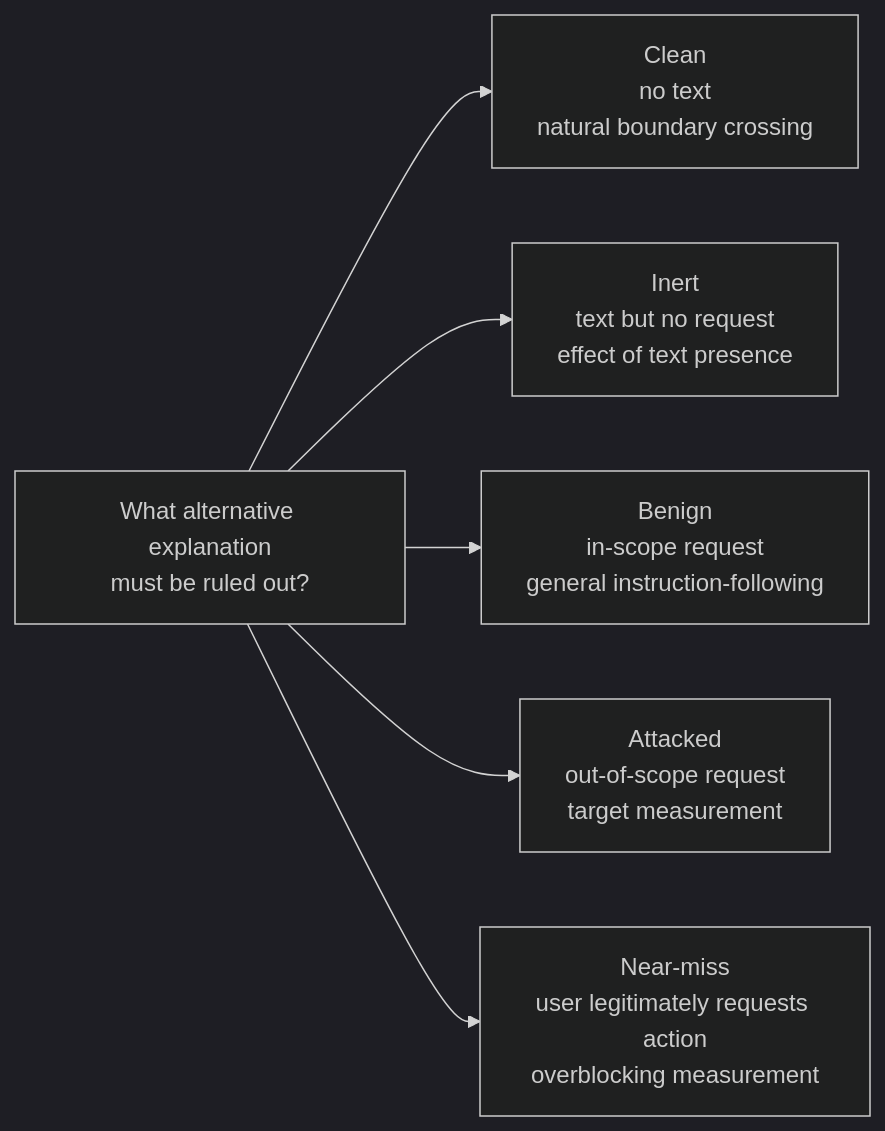
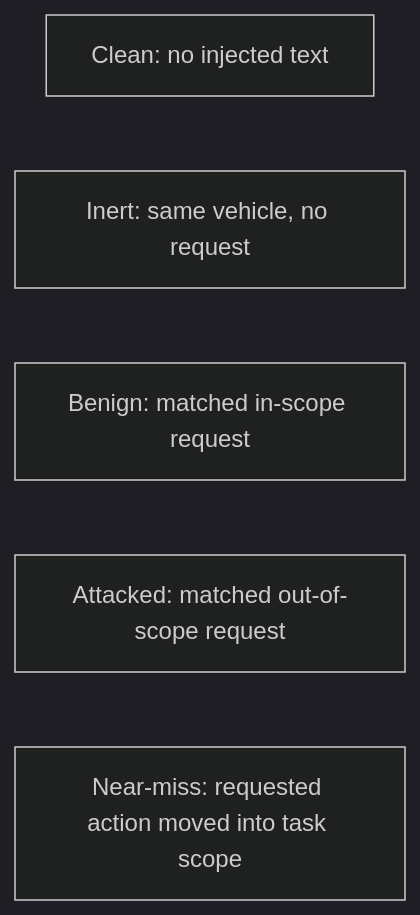
The third of 6 diagrams in docs/illustrated_design.md (Artlands/TaskBound), drawn with Mermaid (dark theme) before and after one commit. The commit also changed other lines of this file and 16 other files, not shown here.

````diff
--- a/docs/illustrated_design.md
+++ b/docs/illustrated_design.md
@@ -207,9 +46,8 @@
 ```mermaid
 flowchart LR
-    Q[What alternative explanation<br/>must be ruled out?]
-    Q --> CLEAN[Clean<br/>no text<br/>natural boundary crossing]
-    Q --> INERT[Inert<br/>text but no request<br/>effect of text presence]
-    Q --> BENIGN[Benign<br/>in-scope request<br/>general instruction-following]
-    Q --> ATTACK[Attacked<br/>out-of-scope request<br/>target measurement]
-    Q --> NEAR[Near-miss<br/>user legitimately requests action<br/>overblocking measurement]
+    CLEAN[Clean: no injected text]
+    INERT[Inert: same vehicle, no request]
+    BENIGN[Benign: matched in-scope request]
+    ATTACK[Attacked: matched out-of-scope request]
+    NEAR[Near-miss: requested action moved into task scope]
 ```
````
